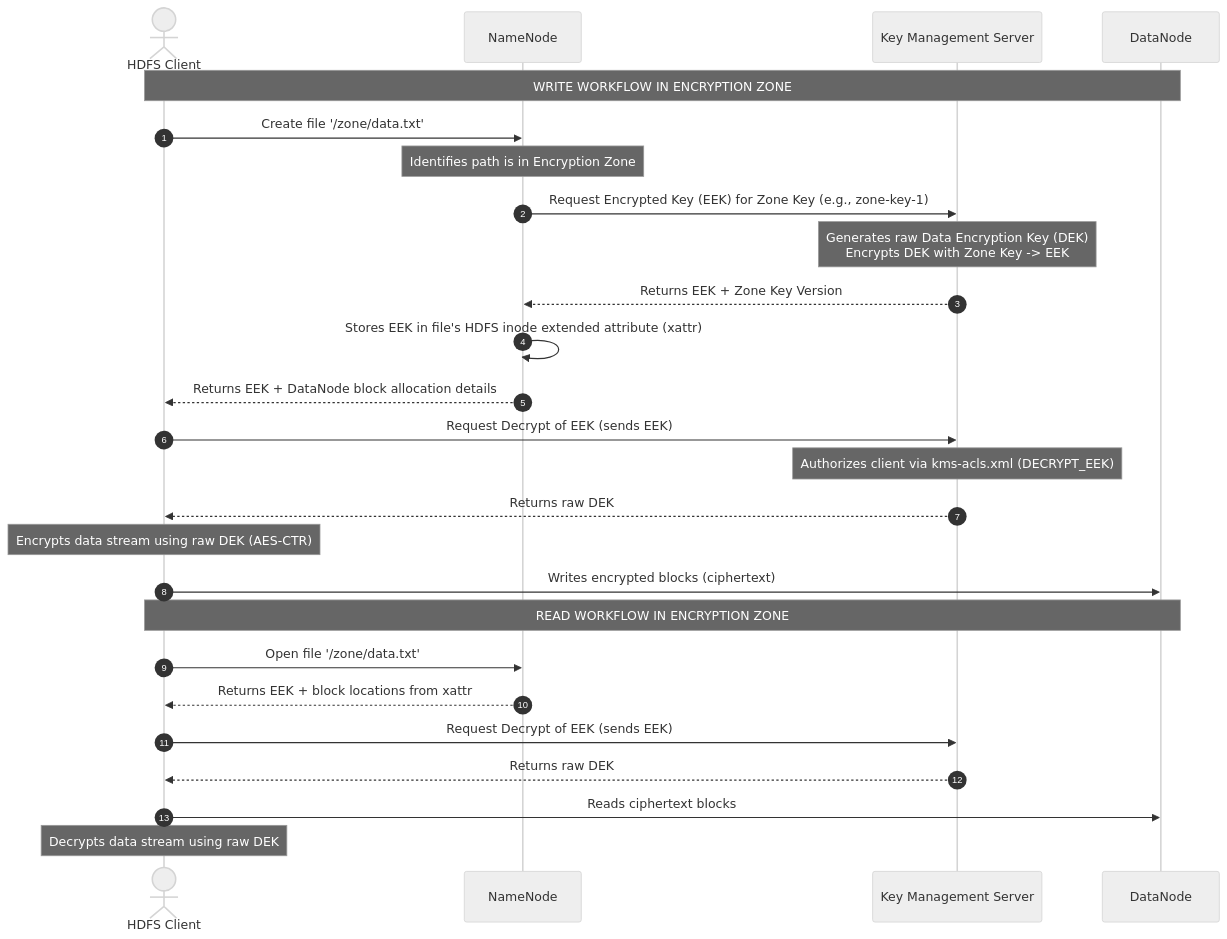
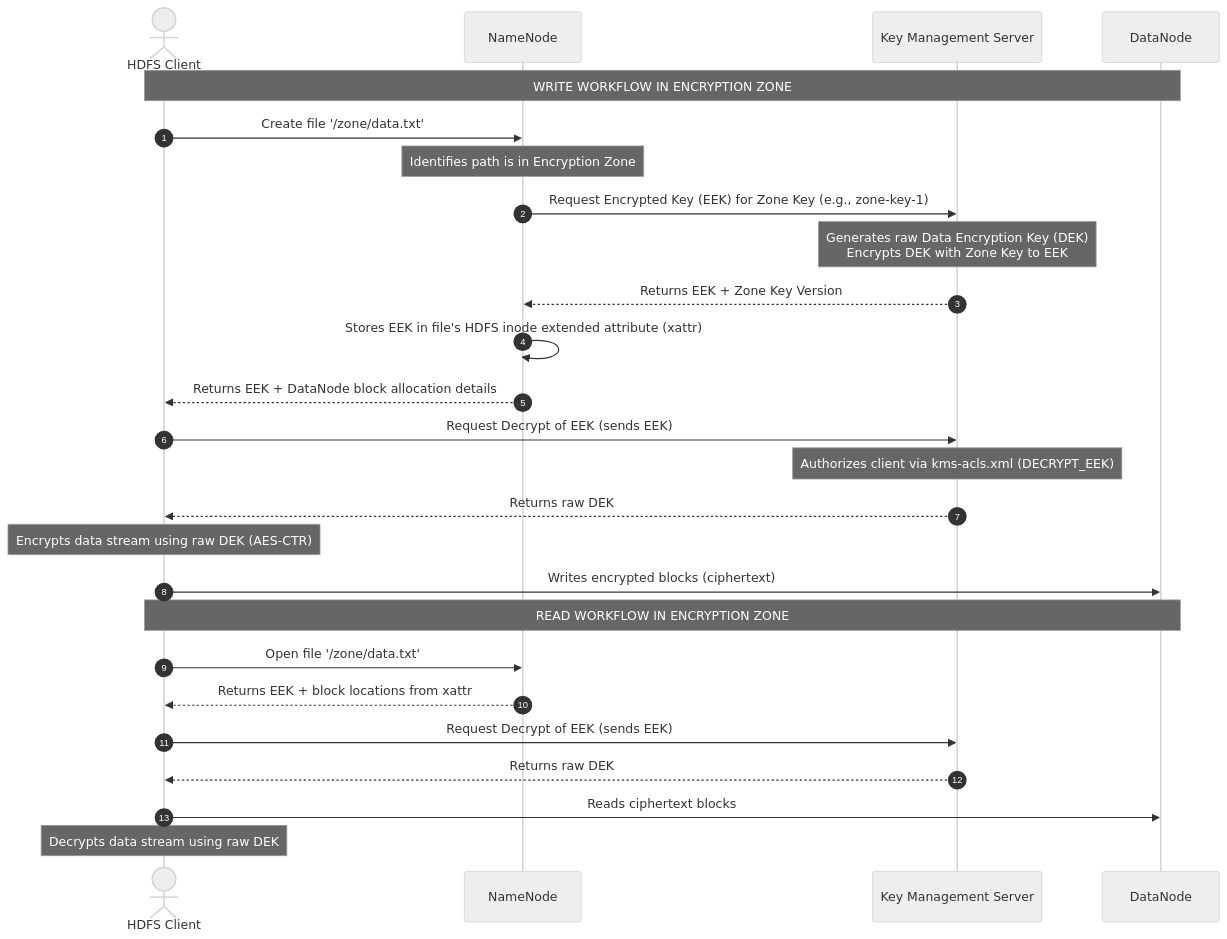
Before and after one commit to userhimanshuverma/30_Days_of_Modern_Hadoop_Ecosystem: the fifth of 9 diagrams in Day-04-HDFS-Security-Encryption/README.md, drawn with Mermaid (neutral theme). The commit also changed other lines of this file and 4 other files, not shown here.

Commit message:
fix: resolve Mermaid diagram syntax rendering compatibility issues

````diff
--- a/Day-04-HDFS-Security-Encryption/README.md
+++ b/Day-04-HDFS-Security-Encryption/README.md
@@ -284,30 +296,30 @@
 ```mermaid
 sequenceDiagram
     autonumber
     actor Client as HDFS Client
     participant NN as NameNode
     participant KMS as Key Management Server
     participant DN as DataNode
 
     Note over Client, DN: WRITE WORKFLOW IN ENCRYPTION ZONE
     Client->>NN: Create file '/zone/data.txt'
     Note over NN: Identifies path is in Encryption Zone
     NN->>KMS: Request Encrypted Key (EEK) for Zone Key (e.g., zone-key-1)
-    Note over KMS: Generates raw Data Encryption Key (DEK)<br/>Encrypts DEK with Zone Key -> EEK
+    Note over KMS: Generates raw Data Encryption Key (DEK)<br/>Encrypts DEK with Zone Key to EEK
     KMS-->>NN: Returns EEK + Zone Key Version
     NN->>NN: Stores EEK in file's HDFS inode extended attribute (xattr)
     NN-->>Client: Returns EEK + DataNode block allocation details
     Client->>KMS: Request Decrypt of EEK (sends EEK)
     Note over KMS: Authorizes client via kms-acls.xml (DECRYPT_EEK)
     KMS-->>Client: Returns raw DEK
     Note over Client: Encrypts data stream using raw DEK (AES-CTR)
     Client->>DN: Writes encrypted blocks (ciphertext)
 
     Note over Client, DN: READ WORKFLOW IN ENCRYPTION ZONE
     Client->>NN: Open file '/zone/data.txt'
     NN-->>Client: Returns EEK + block locations from xattr
     Client->>KMS: Request Decrypt of EEK (sends EEK)
     KMS-->>Client: Returns raw DEK
     Client->>DN: Reads ciphertext blocks
     Note over Client: Decrypts data stream using raw DEK
 ```
````
